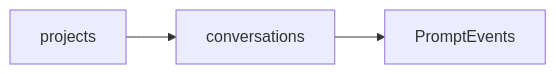
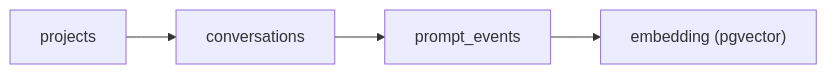
One commit to Metamotens/ContextForge changed the second of 3 diagrams in plans/specifications.md. Above: the diagram before and after it, drawn with Mermaid. The commit also changed other lines of this file and 107 other files, not shown here.

````diff
--- a/plans/specifications.md
+++ b/plans/specifications.md
@@ -261,5 +284,6 @@
 ```mermaid
 flowchart LR
   Projects[projects] --> Conversations[conversations]
-  Conversations --> PromptEvents
+  Conversations --> PromptEvents[prompt_events]
+  PromptEvents --> Embedding["embedding (pgvector)"]
 ```
````
